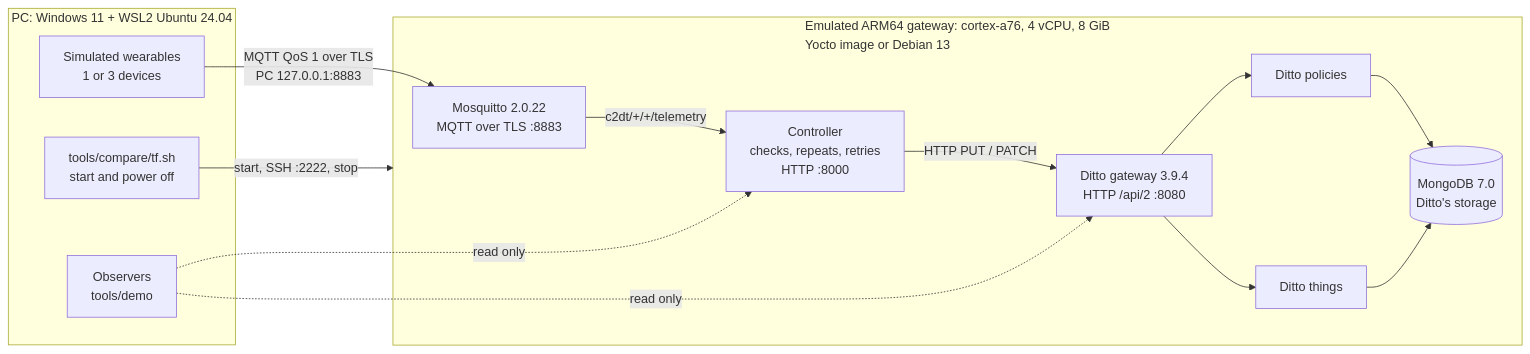
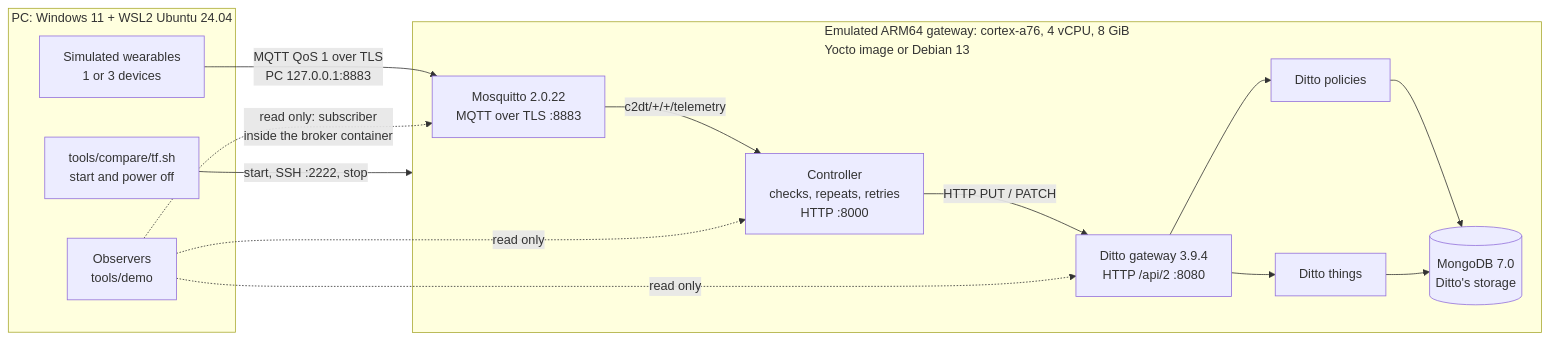
One commit to Ruisth/Tese_Mestrado changed the diagram in docs/architecture.md. Above: the diagram before and after it, drawn with Mermaid. The commit also changed other lines of this file and 24 other files, not shown here.

````diff
--- a/docs/architecture.md
+++ b/docs/architecture.md
@@ -18,26 +18,27 @@
 ```mermaid
 flowchart LR
     subgraph HOST["PC: Windows 11 + WSL2 Ubuntu 24.04"]
         SIM["Simulated wearables<br/>1 or 3 devices"]
         LC["tools/compare/tf.sh<br/>start and power off"]
         OBS["Observers<br/>tools/demo"]
     end
     subgraph GUEST["Emulated ARM64 gateway: cortex-a76, 4 vCPU, 8 GiB<br/>Yocto image or Debian 13"]
         MQ["Mosquitto 2.0.22<br/>MQTT over TLS :8883"]
         CT["Controller<br/>checks, repeats, retries<br/>HTTP :8000"]
         GW["Ditto gateway 3.9.4<br/>HTTP /api/2 :8080"]
         POL["Ditto policies"]
         THG["Ditto things"]
         DB[("MongoDB 7.0<br/>Ditto's storage")]
     end
     SIM -- "MQTT QoS 1 over TLS<br/>PC 127.0.0.1:8883" --> MQ
     MQ -- "c2dt/+/+/telemetry" --> CT
     CT -- "HTTP PUT / PATCH" --> GW
     GW --> POL
     GW --> THG
     POL --> DB
     THG --> DB
     LC -- "start, SSH :2222, stop" --> GUEST
     OBS -. "read only" .-> CT
     OBS -. "read only" .-> GW
+    OBS -. "read only: subscriber<br/>inside the broker container" .-> MQ
 ```
````
